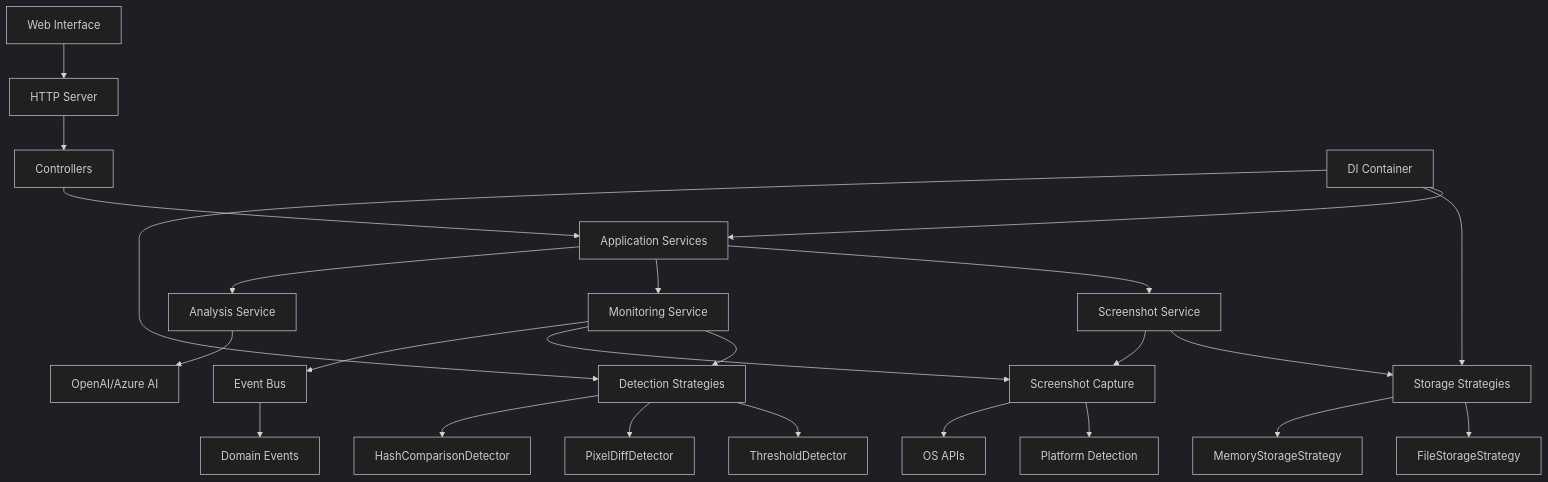
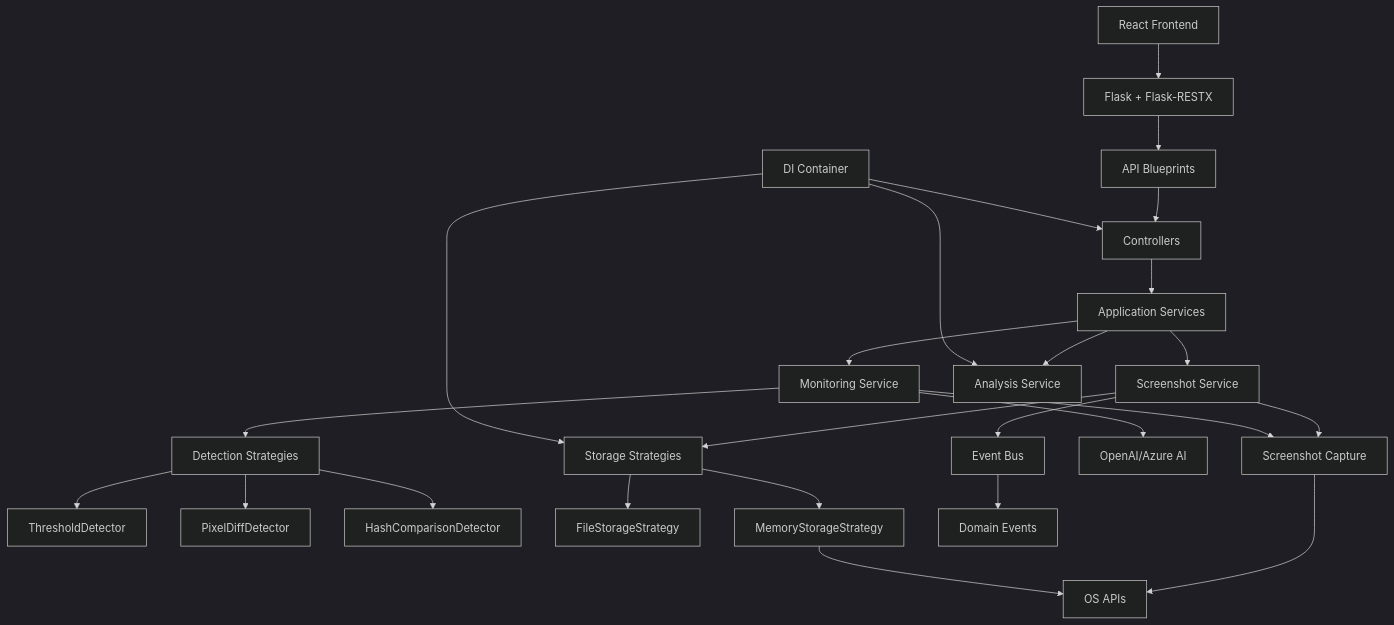
One commit to iAli61/screenAgent changed the diagram in docs/Design.md. Above: the diagram before and after it, drawn with Mermaid (dark theme). The commit also changed other lines of this file and 40 other files, not shown here.

First line of the commit message:
Add comprehensive API tests for configuration, monitoring, and screenshot endpoints

````diff
--- a/docs/Design.md
+++ b/docs/Design.md
@@ -97,35 +97,36 @@
 ```mermaid
 graph TB
-    A[Web Interface] --> B[HTTP Server]
-    B --> C[Controllers]
-    C --> D[Application Services]
+    A[React Frontend] --> B[Flask + Flask-RESTX]
+    B --> C[API Blueprints]
+    C --> D[Controllers]
+    D --> E[Application Services]
     
-    D --> E[Screenshot Service]
-    D --> F[Monitoring Service]
-    D --> G[Analysis Service]
+    E --> F[Screenshot Service]
+    E --> G[Monitoring Service]
+    E --> H[Analysis Service]
     
-    E --> H[Storage Strategies]
-    F --> I[Detection Strategies]
+    F --> I[Storage Strategies]
+    G --> J[Detection Strategies]
     
-    I --> J[ThresholdDetector]
-    I --> K[PixelDiffDetector]
-    I --> L[HashComparisonDetector]
+    J --> K[ThresholdDetector]
+    J --> L[PixelDiffDetector]
+    J --> M[HashComparisonDetector]
     
-    H --> M[FileStorageStrategy]
-    H --> N[MemoryStorageStrategy]
+    I --> N[FileStorageStrategy]
+    I --> O[MemoryStorageStrategy]
     
-    E --> O[Screenshot Capture]
-    F --> O
+    F --> P[Screenshot Capture]
+    G --> P
     
-    O --> P[Platform Detection]
+    P --> Q[Platform Detection]
     O --> Q[OS APIs]
     
     G --> R[OpenAI/Azure AI]
     
     S[DI Container] --> D
     S --> H
     S --> I
     
     T[Event Bus] --> U[Domain Events]
     F --> T
 ```
````
